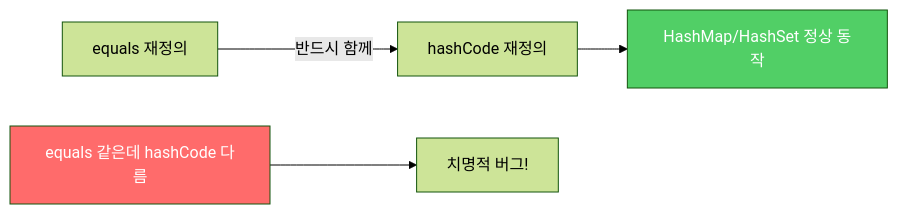
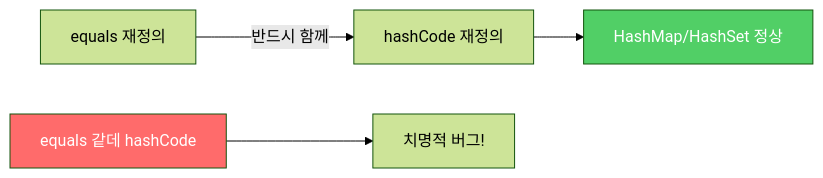
The fourth of 4 diagrams in _posts/java/2021-12-27-effective-java11.md (yjkim2015/yjkim2015.github.io), drawn with Mermaid (forest theme) before and after one commit. The commit also changed 245 other files, not shown here.

First line of the commit message:
Mermaid 다이어그램 전면 수정 + 면접 포인트 접기/펼치기 + DB 데드락 페이지

````diff
--- a/_posts/java/2021-12-27-effective-java11.md
+++ b/_posts/java/2021-12-27-effective-java11.md
@@ -195,8 +195,8 @@
 ```mermaid
 graph LR
     A["equals 재정의"] -->|"반드시 함께"| B["hashCode 재정의"]
-    B --> C["HashMap/HashSet 정상 동작"]
-    D["equals 같은데 hashCode 다름"] --> E["치명적 버그!"]
+    B --> C["HashMap/HashSet 정상"]
+    D["equals 같데 hashCode"] --> E["치명적 버그!"]
     style D fill:#ff6b6b,color:#fff
     style C fill:#51cf66,color:#fff
 ```
````
